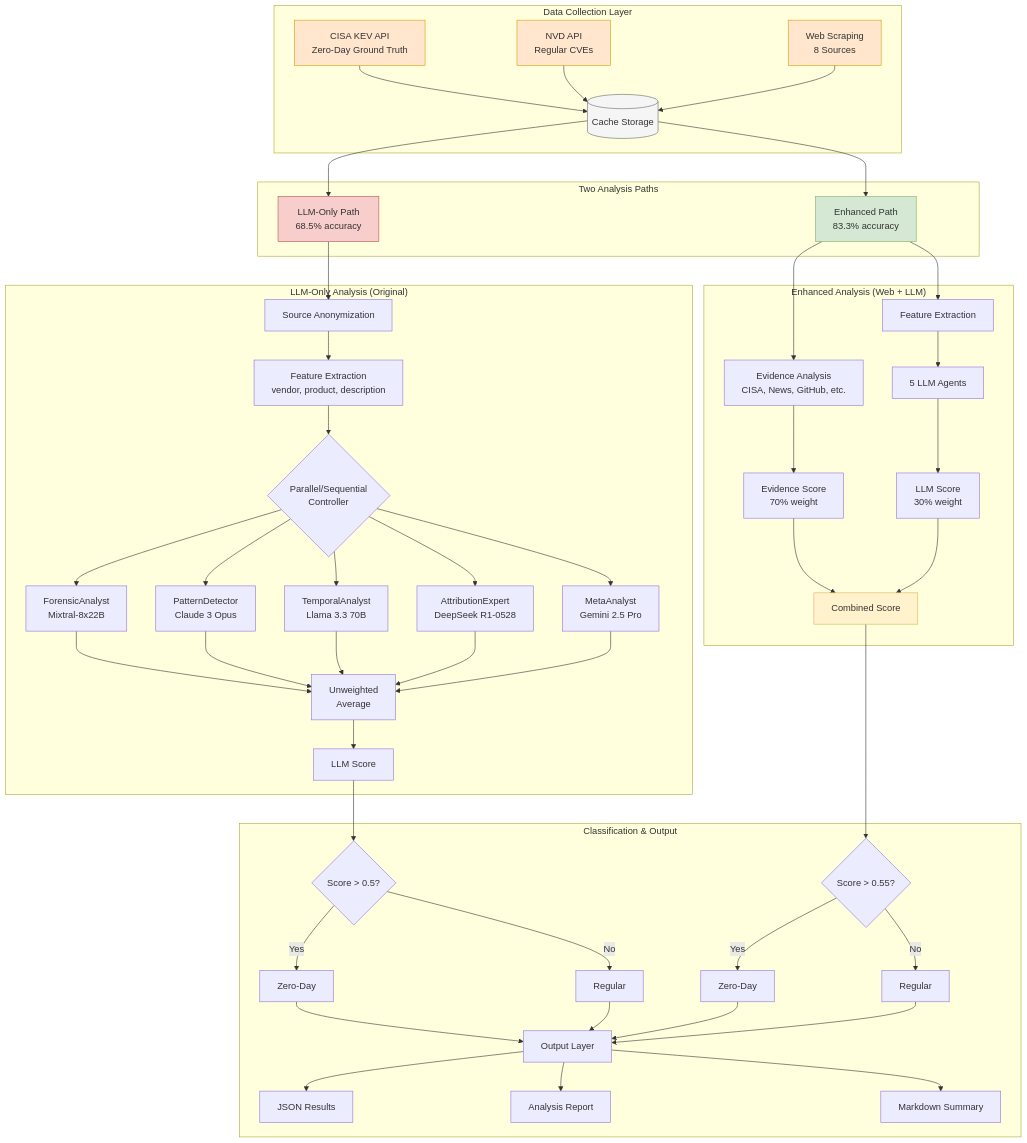
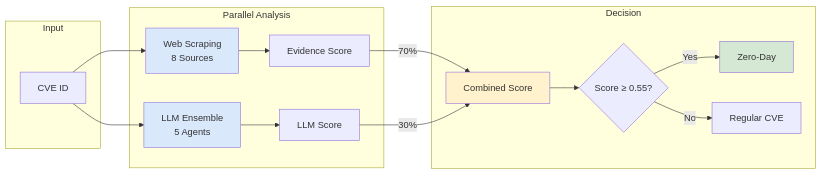
Before and after one commit to lodetomasi/zero-day-llm-ensemble: the diagram in README.md, drawn with Mermaid. The commit also changed other lines of this file and 7 other files, not shown here.

````diff
--- a/README.md
+++ b/README.md
@@ -335,78 +67,28 @@
 ```mermaid
-graph TB
-    subgraph "Data Collection Layer"
-        CISA[CISA KEV API<br/>Zero-Day Ground Truth]
-        NVD[NVD API<br/>Regular CVEs]
-        Web[Web Scraping<br/>8 Sources]
-        Cache[(Cache Storage)]
-        
-        CISA --> Cache
-        NVD --> Cache
-        Web --> Cache
+graph LR
+    subgraph "Input"
+        CVE[CVE ID]
     end
     
-    subgraph "Two Analysis Paths"
-        Cache --> Path1[LLM-Only Path<br/>68.5% accuracy]
-        Cache --> Path2[Enhanced Path<br/>83.3% accuracy]
+    subgraph "Parallel Analysis"
+        CVE --> Web[Web Scraping<br/>8 Sources]
+        CVE --> LLM[LLM Ensemble<br/>5 Agents]
+        
+        Web --> Evidence[Evidence Score]
+        LLM --> Prediction[LLM Score]
     end
     
-    subgraph "LLM-Only Analysis (Original)"
-        Path1 --> Anon[Source Anonymization]
-        Anon --> Extract[Feature Extraction<br/>vendor, product, description]
-        Extract --> Control{Parallel/Sequential<br/>Controller}
+    subgraph "Decision"
+        Evidence --> |70%| Final[Combined Score]
+        Prediction --> |30%| Final
         
-        Control --> FA[ForensicAnalyst<br/>Mixtral-8x22B]
-        Control --> PD[PatternDetector<br/>Claude 3 Opus]
-        Control --> TA[TemporalAnalyst<br/>Llama 3.3 70B]
-        Control --> AE[AttributionExpert<br/>DeepSeek R1-0528]
-        Control --> MA[MetaAnalyst<br/>Gemini 2.5 Pro]
-        
-        FA --> Vote[Unweighted<br/>Average]
-        PD --> Vote
-        TA --> Vote
-        AE --> Vote
-        MA --> Vote
-        
-        Vote --> LLMScore[LLM Score]
+        Final --> Thresh{Score ≥ 0.55?}
+        Thresh -->|Yes| ZD[Zero-Day]
+        Thresh -->|No| Reg[Regular CVE]
     end
     
-    subgraph "Enhanced Analysis (Web + LLM)"
-        Path2 --> Evidence[Evidence Analysis<br/>CISA, News, GitHub, etc.]
-        Evidence --> EvidScore[Evidence Score<br/>70% weight]
-        
-        Path2 --> Extract2[Feature Extraction]
-        Extract2 --> Agents[5 LLM Agents]
-        Agents --> LLMScore2[LLM Score<br/>30% weight]
-        
-        EvidScore --> Combine[Combined Score]
-        LLMScore2 --> Combine
-    end
-    
-    subgraph "Classification & Output"
-        LLMScore --> Thresh1{Score > 0.5?}
-        Combine --> Thresh2{Score > 0.55?}
-        
-        Thresh1 -->|Yes| ZD1[Zero-Day]
-        Thresh1 -->|No| Reg1[Regular]
-        
-        Thresh2 -->|Yes| ZD2[Zero-Day]
-        Thresh2 -->|No| Reg2[Regular]
-        
-        ZD1 --> Output[Output Layer]
-        Reg1 --> Output
-        ZD2 --> Output
-        Reg2 --> Output
-        
-        Output --> JSON[JSON Results]
-        Output --> Report[Analysis Report]
-        Output --> Summary[Markdown Summary]
-    end
-    
-    style CISA fill:#ffe6cc,stroke:#d79b00
-    style NVD fill:#ffe6cc,stroke:#d79b00
-    style Web fill:#ffe6cc,stroke:#d79b00
-    style Cache fill:#f5f5f5,stroke:#666666
-    style Path1 fill:#f8cecc,stroke:#b85450
-    style Path2 fill:#d5e8d4,stroke:#82b366
-    style Combine fill:#fff2cc,stroke:#d6b656
+    style Web fill:#dae8fc
+    style LLM fill:#dae8fc
+    style Final fill:#fff2cc
+    style ZD fill:#d5e8d4
 ```
````
